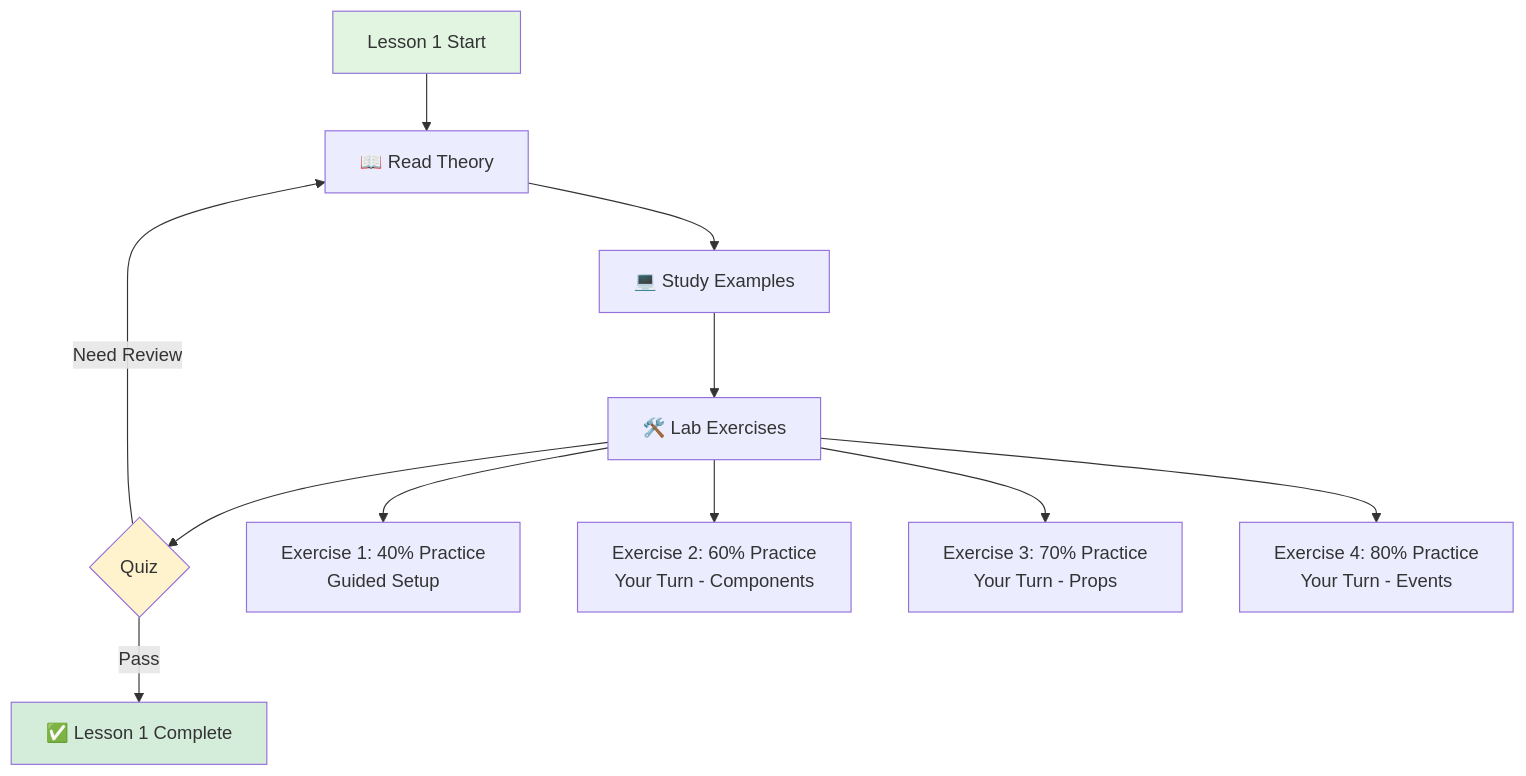
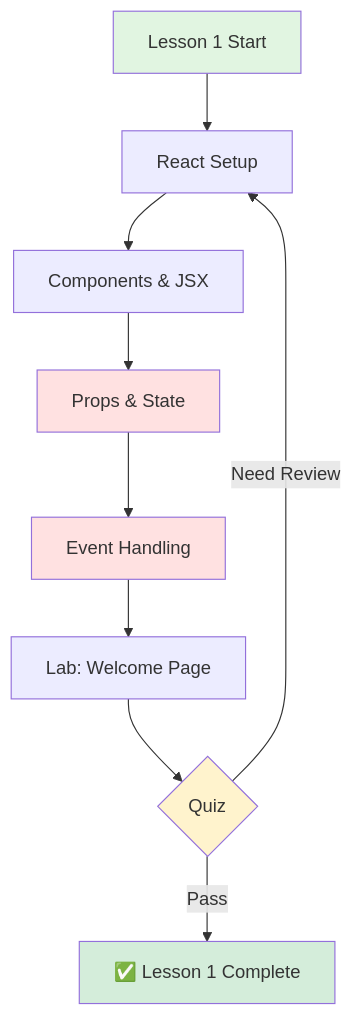
One commit to longndt/react-course changed the third of 8 diagrams in diagrams/COURSE_ROADMAP.md. Above: the diagram before and after it, drawn with Mermaid. The commit also changed other lines of this file and 6 other files, not shown here.

````diff
--- a/diagrams/COURSE_ROADMAP.md
+++ b/diagrams/COURSE_ROADMAP.md
@@ -78,18 +87,17 @@
 ```mermaid
 flowchart TD
-    A[Lesson 1 Start] --> B[📖 Read Theory]
-    B --> C[💻 Study Examples]
-    C --> D[🛠️ Lab Exercises]
-    D --> E{Quiz}
-    E -->|Pass| F[✅ Lesson 1 Complete]
-    E -->|Need Review| B
-
-    D --> D1[Exercise 1: 40% Practice<br/>Guided Setup]
-    D --> D2[Exercise 2: 60% Practice<br/>Your Turn - Components]
-    D --> D3[Exercise 3: 70% Practice<br/>Your Turn - Props]
-    D --> D4[Exercise 4: 80% Practice<br/>Your Turn - Events]
+    A[Lesson 1 Start] --> B[React Setup]
+    B --> C[Components & JSX]
+    C --> D[Props & State]
+    D --> E[Event Handling]
+    E --> F[Lab: Welcome Page]
+    F --> G{Quiz}
+    G -->|Pass| H[✅ Lesson 1 Complete]
+    G -->|Need Review| B
 
     style A fill:#e1f5e1
-    style F fill:#d4edda
-    style E fill:#fff3cd
+    style H fill:#d4edda
+    style G fill:#fff3cd
+    style D fill:#ffe1e1
+    style E fill:#ffe1e1
 ```
````
